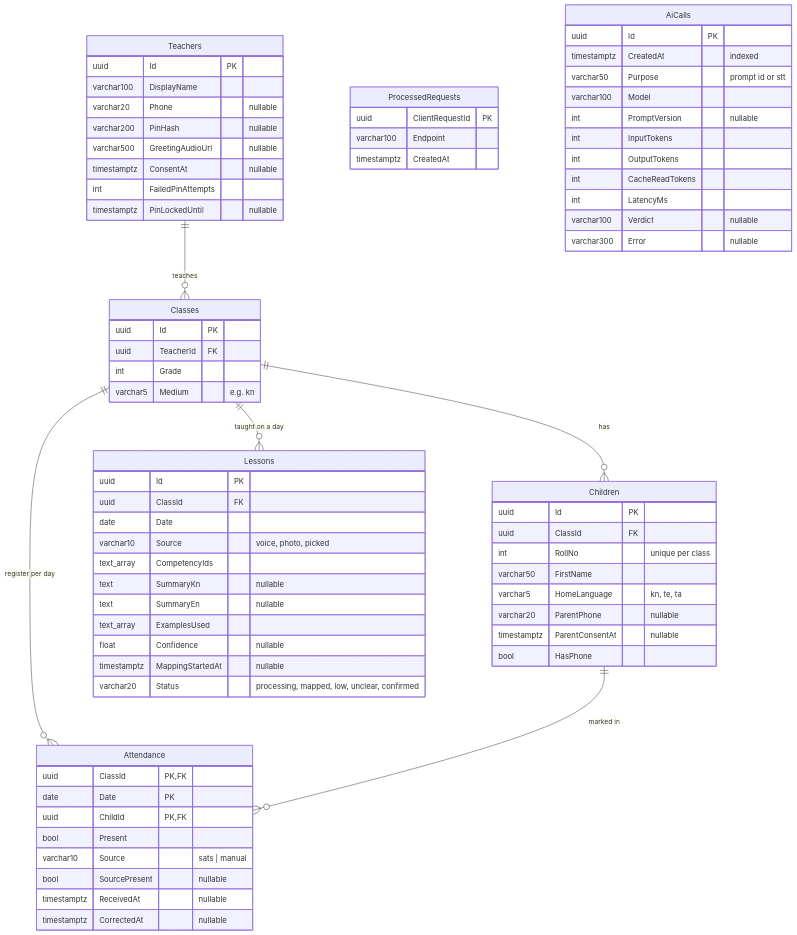
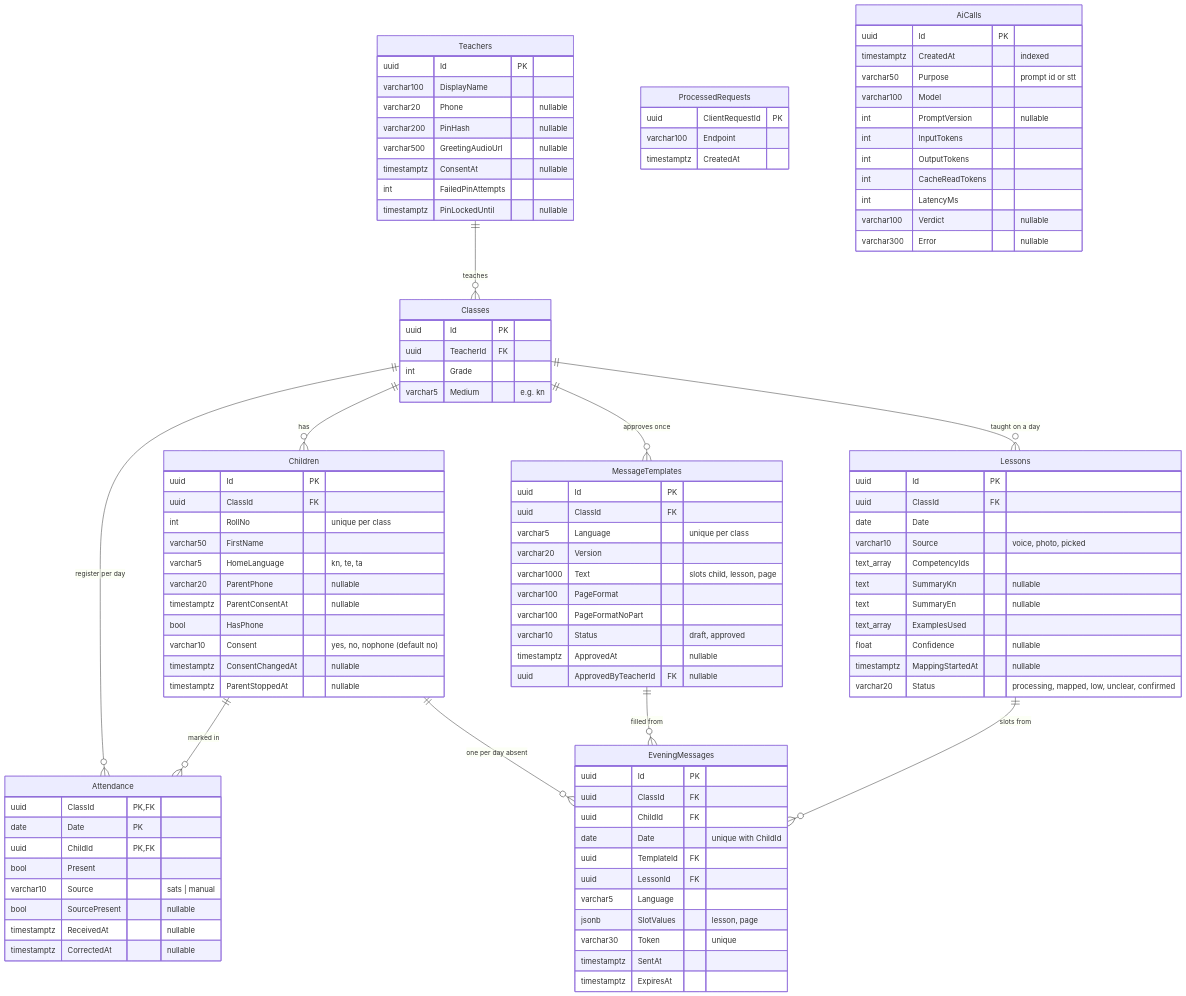
Before and after one commit to rahul-oswal07/slate-ai: the first of 2 diagrams in docs/database.md, drawn with Mermaid. The commit also changed other lines of this file and 49 other files, not shown here.

First line of the commit message:
feat: evening message API, 6 pm job, T0 approve step, tonight card (T-44 PR 1)

````diff
--- a/docs/database.md
+++ b/docs/database.md
@@ -17,6 +17,10 @@
     Classes ||--o{ Attendance : "register per day"
     Children ||--o{ Attendance : "marked in"
     Classes ||--o{ Lessons : "taught on a day"
+    Classes ||--o{ MessageTemplates : "approves once"
+    Children ||--o{ EveningMessages : "one per day absent"
+    MessageTemplates ||--o{ EveningMessages : "filled from"
+    Lessons ||--o{ EveningMessages : "slots from"
 
     Teachers {
         uuid Id PK
@@ -43,6 +47,9 @@
         varchar20 ParentPhone "nullable"
         timestamptz ParentConsentAt "nullable"
         bool HasPhone
+        varchar10 Consent "yes, no, nophone (default no)"
+        timestamptz ConsentChangedAt "nullable"
+        timestamptz ParentStoppedAt "nullable"
     }
     Attendance {
         uuid ClassId PK,FK
@@ -85,4 +92,29 @@
         varchar100 Verdict "nullable"
         varchar300 Error "nullable"
     }
+    MessageTemplates {
+        uuid Id PK
+        uuid ClassId FK
+        varchar5 Language "unique per class"
+        varchar20 Version
+        varchar1000 Text "slots child, lesson, page"
+        varchar100 PageFormat
+        varchar100 PageFormatNoPart
+        varchar10 Status "draft, approved"
+        timestamptz ApprovedAt "nullable"
+        uuid ApprovedByTeacherId FK "nullable"
+    }
+    EveningMessages {
+        uuid Id PK
+        uuid ClassId FK
+        uuid ChildId FK
+        date Date "unique with ChildId"
+        uuid TemplateId FK
+        uuid LessonId FK
+        varchar5 Language
+        jsonb SlotValues "lesson, page"
+        varchar30 Token "unique"
+        timestamptz SentAt
+        timestamptz ExpiresAt
+    }
 ```
````
